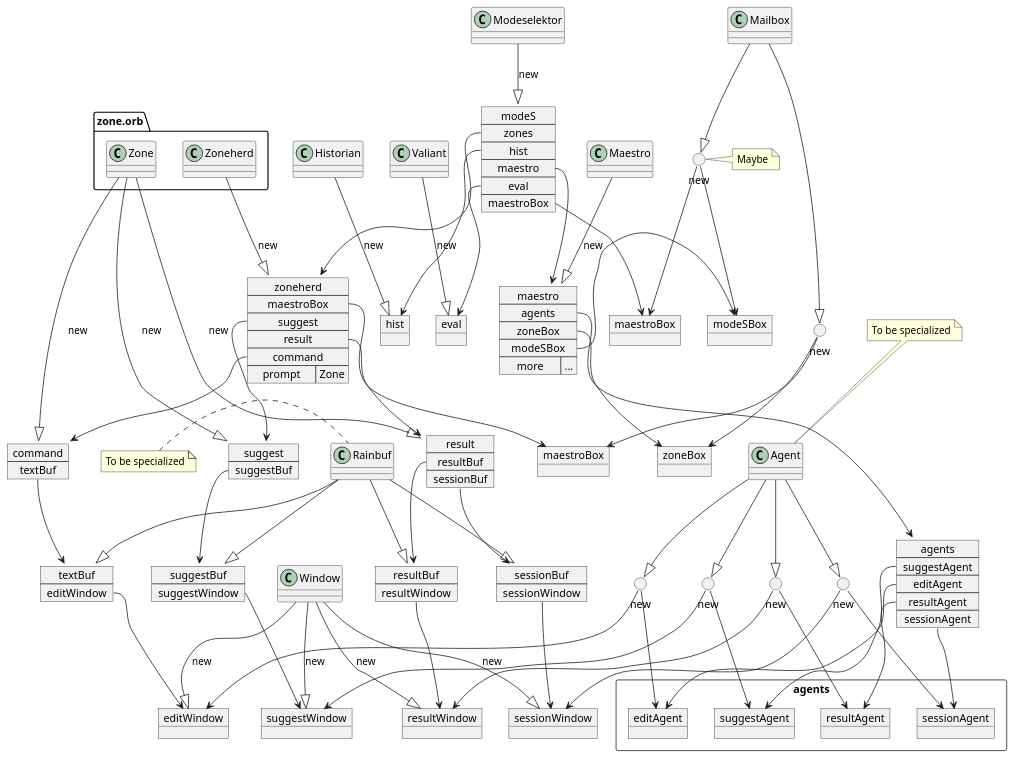
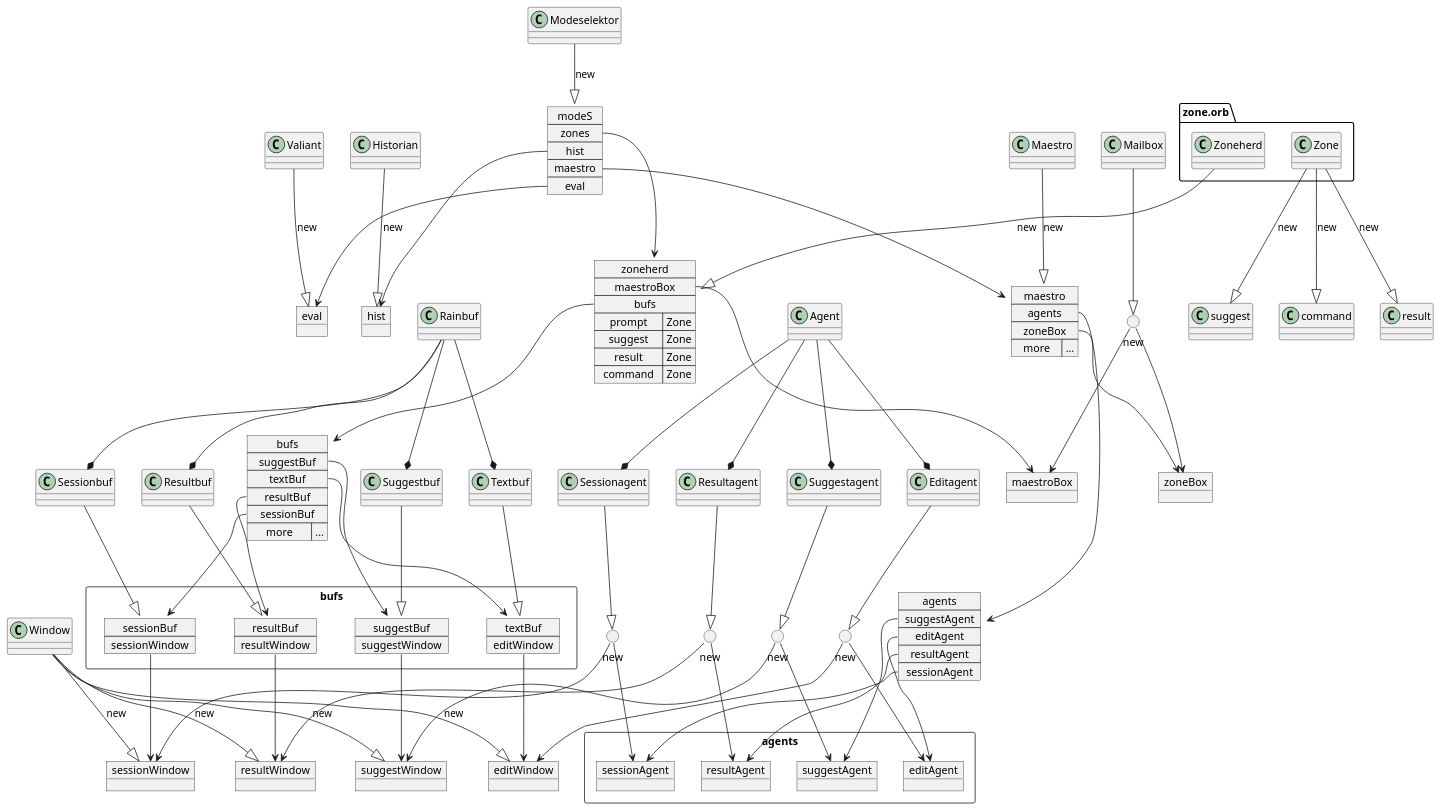
One commit to orb-lang/helm changed the diagram in orb/design/helm.plantuml. Above: the diagram before and after it, drawn with PlantUML. The commit also changed 1 other file, not shown here.

Commit message:
Move bufs to Zoneherd

```diff
--- a/orb/design/helm.plantuml
+++ b/orb/design/helm.plantuml
@@ -2,146 +2,154 @@
 @startuml
 class Modeselektor
 class Historian
 package "zone.orb" as zone_orb <<Folder>> {
    class Zoneherd
    class Zone
 }
 class Valiant
 class Maestro
+
 class Agent
-note top: To be specialized
+class Editagent
+class Sessionagent
+class Suggestagent
+class Resultagent
+
+Agent --* Editagent
+Agent --* Sessionagent
+Agent --* Suggestagent
+Agent --* Resultagent
+
+
 class Window
 class Mailbox
 
 class Rainbuf
-note left: To be specialized
+class Textbuf
+class Resultbuf
+class Suggestbuf
+class Sessionbuf
+
+Rainbuf --* Textbuf
+Rainbuf --* Resultbuf
+Rainbuf --* Suggestbuf
+Rainbuf --* Sessionbuf
 
 object hist
 object eval
 
 object suggestWindow
 object editWindow
 object resultWindow
 object sessionWindow
 
-map suggestBuf {
-   suggestWindow *--> suggestWindow
+rectangle "bufs" as BUF {
+   map suggestBuf {
+      suggestWindow *--> suggestWindow
+   }
+
+   map textBuf {
+      editWindow *--> editWindow
+   }
+
+   map resultBuf {
+      resultWindow *--> resultWindow
+   }
+
+   map sessionBuf {
+      sessionWindow *--> sessionWindow
+   }
 }
 
-map textBuf {
-   editWindow *--> editWindow
-}
-
-map resultBuf {
-   resultWindow *--> resultWindow
-}
-
-map sessionBuf {
-   sessionWindow *--> sessionWindow
-}
-
-map suggest {
-   suggestBuf *--> suggestBuf
-}
-
-
-map result {
-   resultBuf *--> resultBuf
-   sessionBuf *--> sessionBuf
-}
-
-map command {
-   textBuf *--> textBuf
+map bufs {
+   suggestBuf *--> BUF.suggestBuf
+   textBuf *--> BUF.textBuf
+   resultBuf *--> BUF.resultBuf
+   sessionBuf *--> BUF.sessionBuf
+   more => ...
 }
 
 object zoneBox
 object maestroBox
-object "maestroBox" as modeS_maestroBox
-object modeSBox
 
 map zoneherd {
     maestroBox *--> maestroBox
-    suggest *--> suggest
-    result  *--> result
-    command *--> command
+
+    bufs *--> bufs
     prompt   => Zone
+    suggest => Zone
+    result  => Zone
+    command => Zone
 }
 
 rectangle "agents" as AG {
 object suggestAgent
 object editAgent
 object resultAgent
 object sessionAgent
 }
 
 
 map agents {
    suggestAgent *--> AG.suggestAgent
    editAgent *--> AG.editAgent
    resultAgent *--> AG.resultAgent
    sessionAgent *--> AG.sessionAgent
 }
 
 map maestro {
    agents *--> agents
    zoneBox *--> zoneBox
-   modeSBox *-> modeSBox
    more => ...
 }
 
 map modeS {
    zones *--> zoneherd
    hist  *--> hist
    maestro *--> maestro
    eval    *--> eval
-   maestroBox *-> modeS_maestroBox
 }
 
 circle "new" as newSuggestAgent
 circle "new" as newEditAgent
 circle "new" as newResultAgent
 circle "new" as newSessionAgent
 
 circle "new" as newZoneMailbox
-circle "new" as newModeSMailbox
-note right: Maybe
 
 Modeselektor --|> modeS : new
 Zoneherd --|> zoneherd : new
 Zone --|> suggest : new
 Zone --|> command : new
 Zone --|> result  : new
 Historian --|> hist : new
 Valiant --|> eval : new
 Maestro --|> maestro : new
 
-Agent --|> newSuggestAgent
-Agent --|> newEditAgent
-Agent --|> newResultAgent
-Agent --|> newSessionAgent
+Suggestagent --|> newSuggestAgent
+Editagent --|> newEditAgent
+Resultagent --|> newResultAgent
+Sessionagent --|> newSessionAgent
 Window --|> suggestWindow : new
 Window --|> editWindow : new
 Window --|> resultWindow : new
 Window --|> sessionWindow : new
 newSuggestAgent --> suggestAgent
 newSuggestAgent --> suggestWindow
 newEditAgent --> editAgent
 newEditAgent --> editWindow
 newResultAgent --> resultAgent
 newResultAgent --> resultWindow
 newSessionAgent --> sessionAgent
 newSessionAgent --> sessionWindow
 
-Rainbuf --|> suggestBuf
-Rainbuf --|> resultBuf
-Rainbuf --|> textBuf
-Rainbuf --|> sessionBuf
+Suggestbuf --|> suggestBuf
+Resultbuf --|> resultBuf
+Textbuf --|> textBuf
+Sessionbuf --|> sessionBuf
 
 Mailbox --|> newZoneMailbox
 newZoneMailbox --> zoneBox
 newZoneMailbox --> maestroBox
-Mailbox --|> newModeSMailbox
-newModeSMailbox --> modeSBox
-newModeSMailbox --> modeS_maestroBox
 
 @enduml
```
